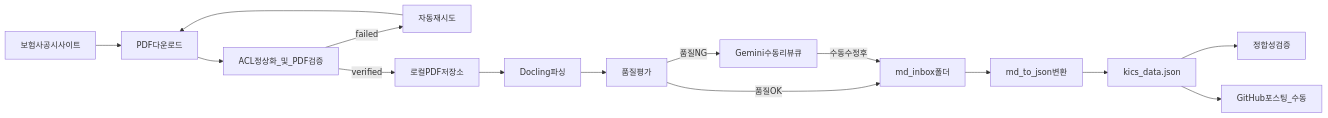
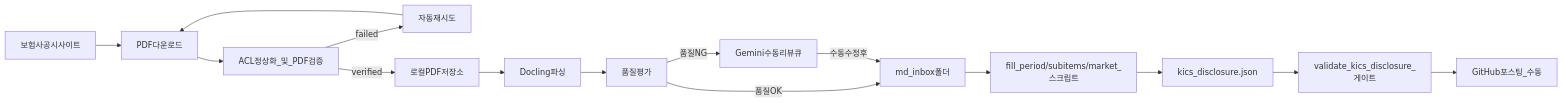
One commit to solvencyk/insurequant changed the diagram in docs/flows/claude-overview.md. Above: the diagram before and after it, drawn with Mermaid. The commit also changed other lines of this file and 31 other files, not shown here.

First line of the commit message:
refactor: remove dead kics_data.json pipeline + legacy modules

````diff
--- a/docs/flows/claude-overview.md
+++ b/docs/flows/claude-overview.md
@@ -15,17 +15,17 @@
 ```mermaid
 flowchart LR
   disclosureSite[보험사공시사이트] --> downloader[PDF다운로드]
   downloader --> aclVerify[ACL정상화_및_PDF검증]
   aclVerify -->|"failed"| retry[자동재시도]
   retry --> downloader
   aclVerify -->|"verified"| pdfStore[로컬PDF저장소]
   pdfStore --> doclingParser[Docling파싱]
   doclingParser --> qualityGate[품질평가]
   qualityGate -->|"품질OK"| mdInbox[md_inbox폴더]
   qualityGate -->|"품질NG"| reviewQueue[Gemini수동리뷰큐]
   reviewQueue -->|"수동수정후"| mdInbox
-  mdInbox --> mdToJson[md_to_json변환]
-  mdToJson --> kicsJson[kics_data.json]
-  kicsJson --> domainRules[정합성검증]
-  kicsJson --> githubPost[GitHub포스팅_수동]
+  mdInbox --> fillScripts[fill_period/subitems/market_스크립트]
+  fillScripts --> kicsJson[kics_disclosure.json]
+  kicsJson --> gate[validate_kics_disclosure_게이트]
+  gate --> githubPost[GitHub포스팅_수동]
 ```
````
